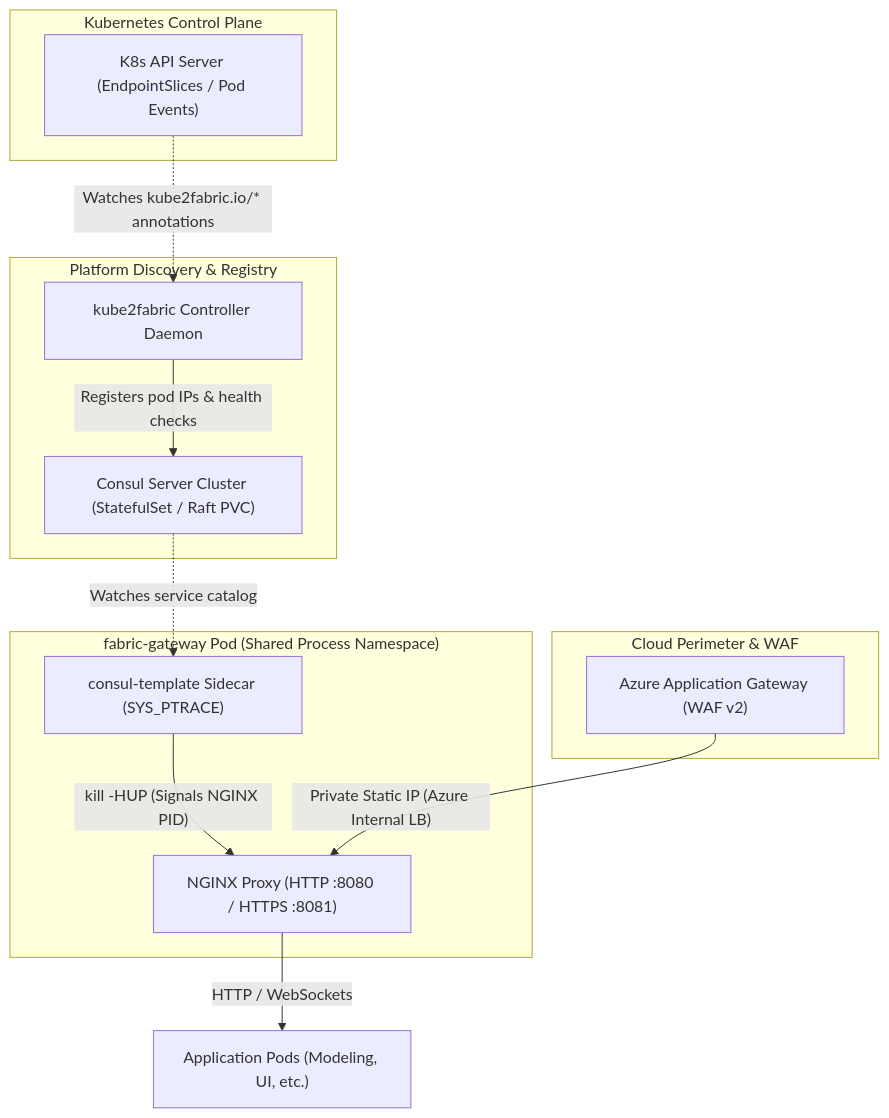
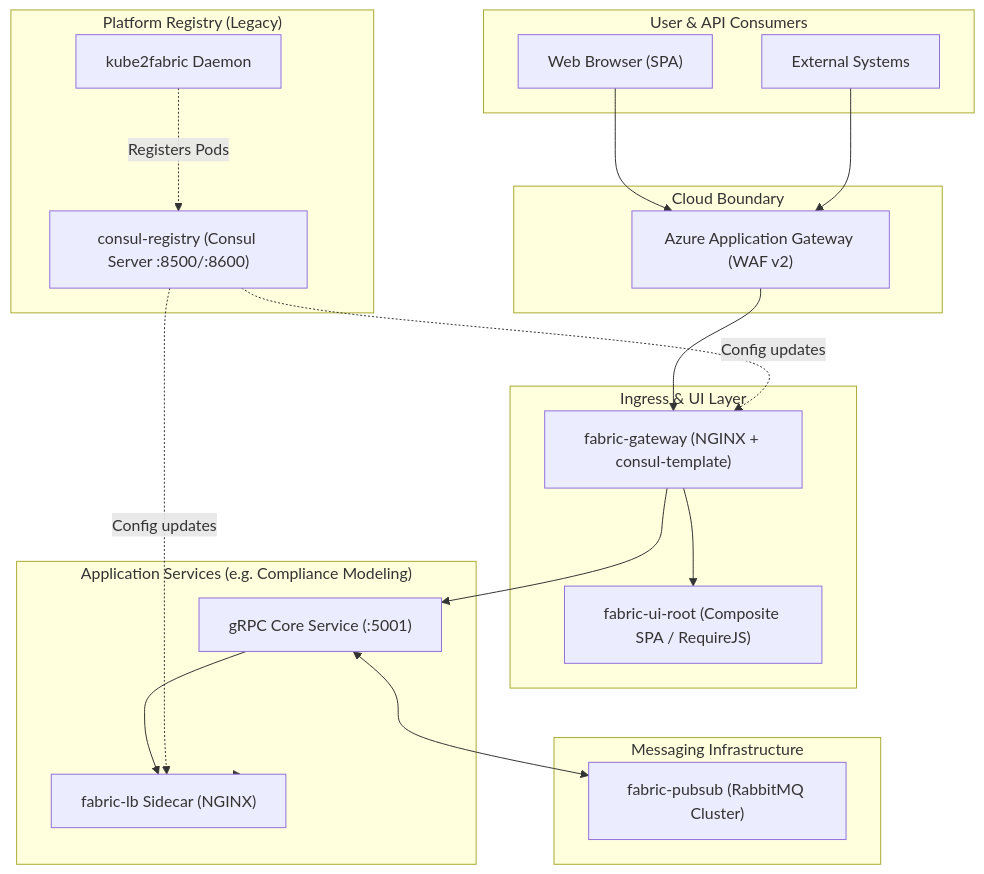
One commit to kkanapadinjaru/delivery-pulse changed the first of 5 diagrams in solvas-stack-architecture.md. Above: the diagram before and after it, drawn with Mermaid. The commit also changed other lines of this file, not shown here.

First line of the commit message:
Revise Solvas Stack Architecture for modernization

````diff
--- a/solvas-stack-architecture.md
+++ b/solvas-stack-architecture.md
@@ -29,28 +36,42 @@
 ```mermaid
 flowchart TD
-    subgraph Perimeter["Cloud Perimeter & WAF"]
+    subgraph Clients["User & API Consumers"]
+        Browser["Web Browser (SPA)"]
+        ExternalAPI["External Systems"]
+    end
+
+    subgraph Perimeter["Cloud Boundary"]
         WAF["Azure Application Gateway (WAF v2)"]
     end
 
-    subgraph FabricGW["fabric-gateway Pod (Shared Process Namespace)"]
-        GW_NGINX["NGINX Proxy (HTTP :8080 / HTTPS :8081)"]
-        GW_CT["consul-template Sidecar (SYS_PTRACE)"]
-        GW_CT -- "kill -HUP (Signals NGINX PID)" --> GW_NGINX
+    subgraph FabricIngress["Ingress & UI Layer"]
+        Gateway["fabric-gateway (NGINX + consul-template)"]
+        UIRoot["fabric-ui-root (Composite SPA / RequireJS)"]
+        Gateway --> UIRoot
     end
 
-    subgraph DiscoveryLayer["Platform Discovery & Registry"]
-        Kube2Fabric["kube2fabric Controller Daemon"]
-        ConsulServer["Consul Server Cluster (StatefulSet / Raft PVC)"]
-        Kube2Fabric -- "Registers pod IPs & health checks" --> ConsulServer
-        ConsulServer -.->|"Watches service catalog"| GW_CT
+    subgraph Discovery["Platform Registry (Legacy)"]
+        Consul["consul-registry (Consul Server :8500/:8600)"]
+        Kube2Fabric["kube2fabric Daemon"]
     end
 
-    subgraph K8sCore["Kubernetes Control Plane"]
-        K8sAPI["K8s API Server (EndpointSlices / Pod Events)"]
+    subgraph CoreServices["Application Services (e.g. Compliance Modeling)"]
+        ServiceApp["gRPC Core Service (:5001)"]
+        FabricLB["fabric-lb Sidecar (NGINX)"]
     end
 
-    K8sAPI -.->|"Watches kube2fabric.io/* annotations"| Kube2Fabric
+    subgraph AsyncBus["Messaging Infrastructure"]
+        RabbitMQ["fabric-pubsub (RabbitMQ Cluster)"]
+    end
 
-    WAF -->|"Private Static IP (Azure Internal LB)"| GW_NGINX
-    GW_NGINX -->|"HTTP / WebSockets"| AppPod["Application Pods (Modeling, UI, etc.)"]
+    Browser --> WAF
+    ExternalAPI --> WAF
+    WAF --> Gateway
+    Gateway --> ServiceApp
+    ServiceApp --> FabricLB
+    FabricLB --> CoreServices
+    ServiceApp <--> RabbitMQ
+    Kube2Fabric -.->|"Registers Pods"| Consul
+    Consul -.->|"Config updates"| Gateway
+    Consul -.->|"Config updates"| FabricLB
 ```
````
